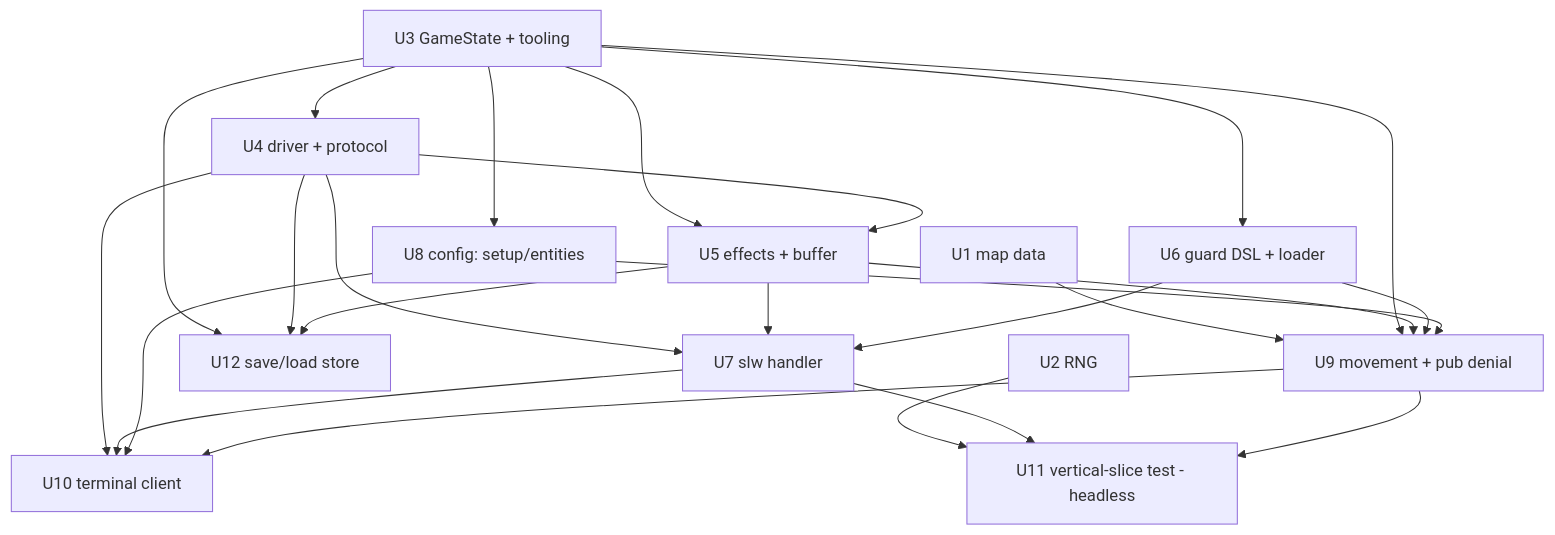
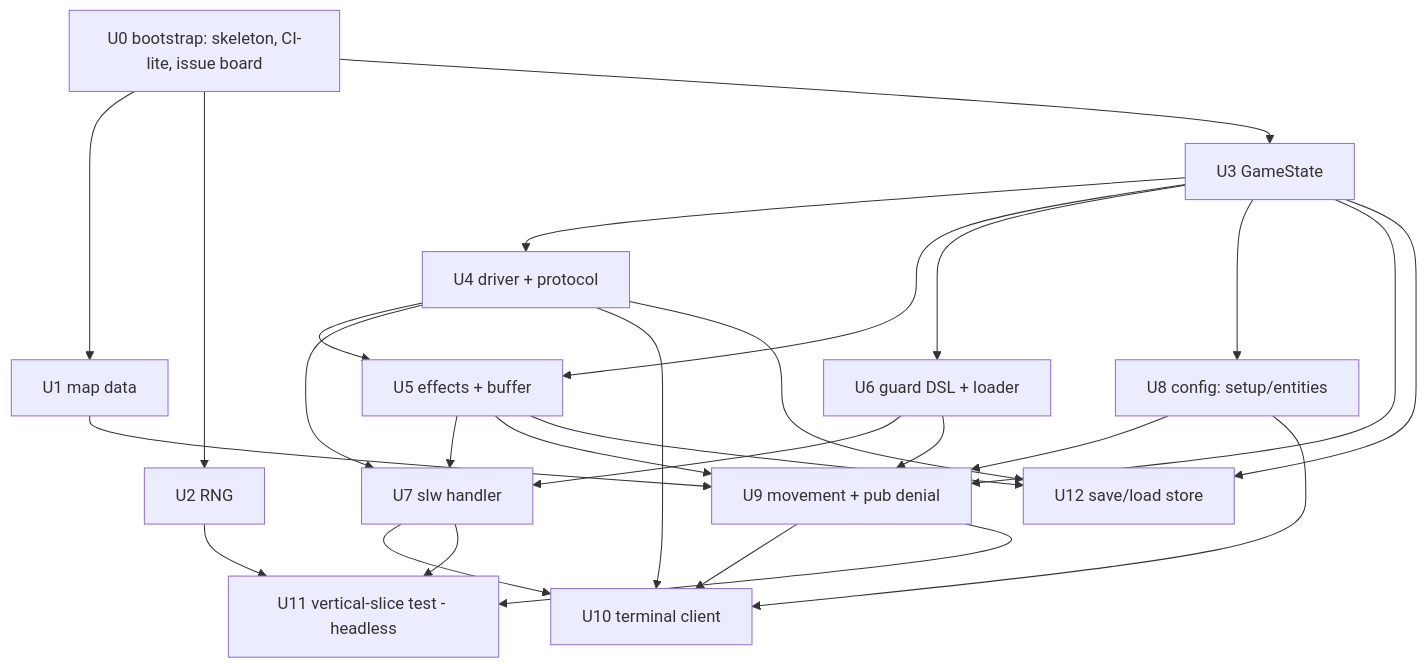
One commit to jdamboeck/mafia-engine changed the diagram in docs/plans/2026-07-12-001-design-first-vertical-slice-deepening-plan.md. Above: the diagram before and after it, drawn with Mermaid. The commit also changed other lines of this file and 2 other files, not shown here.

First line of the commit message:
docs(plan): add U0 project-bootstrap unit; set up CE config

````diff
--- a/docs/plans/2026-07-12-001-design-first-vertical-slice-deepening-plan.md
+++ b/docs/plans/2026-07-12-001-design-first-vertical-slice-deepening-plan.md
@@ -320,15 +322,16 @@
 ```mermaid
 graph TD
+    U0[U0 bootstrap: skeleton, CI-lite, issue board] --> U1 & U2 & U3
     U1[U1 map data] --> U9
     U2[U2 RNG] --> U11
-    U3[U3 GameState + tooling] --> U4 & U5 & U6 & U8 & U9 & U12
+    U3[U3 GameState] --> U4 & U5 & U6 & U8 & U9 & U12
     U4[U4 driver + protocol] --> U5 & U7 & U10 & U12
     U5[U5 effects + buffer] --> U7 & U9 & U12
     U6[U6 guard DSL + loader] --> U7 & U9
     U7[U7 slw handler] --> U10 & U11
     U8[U8 config: setup/entities] --> U9 & U10
     U9[U9 movement + pub denial] --> U10 & U11
     U10[U10 terminal client]
     U11[U11 vertical-slice test - headless]
     U12[U12 save/load store]
 ```
````
